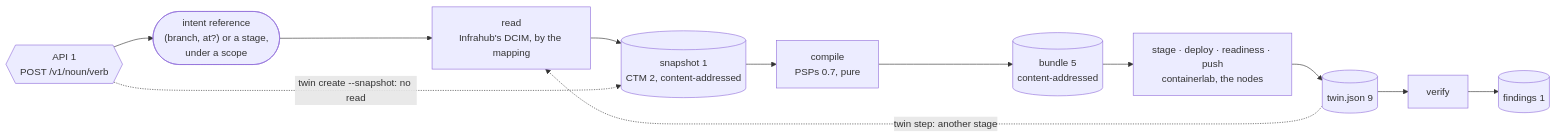
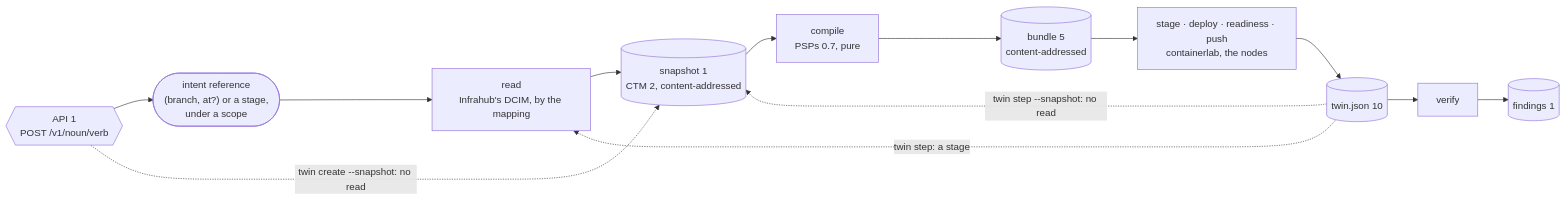
One commit to happypathnetworking/fylgja changed the first of 5 diagrams in docs/architecture.md. Above: the diagram before and after it, drawn with Mermaid. The commit also changed other lines of this file and 8 other files, not shown here.

````diff
--- a/docs/architecture.md
+++ b/docs/architecture.md
@@ -100,16 +103,17 @@
 ```mermaid
 flowchart LR
     api{{"API 1<br/>POST /v1/noun/verb"}}
     ref(["intent reference<br/>(branch, at?) or a stage,<br/>under a scope"])
     read["read<br/>Infrahub's DCIM, by the mapping"]
     snap[("snapshot 1<br/>CTM 2, content-addressed")]
     compile["compile<br/>PSPs 0.7, pure"]
     bundle[("bundle 5<br/>content-addressed")]
     provision["stage · deploy · readiness · push<br/>containerlab, the nodes"]
-    twin[("twin.json 9")]
+    twin[("twin.json 10")]
     verify["verify"]
     doc[("findings 1")]
     api --> ref --> read --> snap --> compile --> bundle --> provision --> twin --> verify --> doc
     api -. "twin create --snapshot: no read" .-> snap
-    twin -. "twin step: another stage" .-> read
+    twin -. "twin step: a stage" .-> read
+    twin -. "twin step --snapshot: no read" .-> snap
 ```
````
